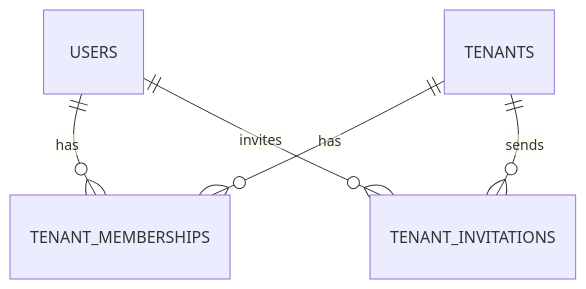
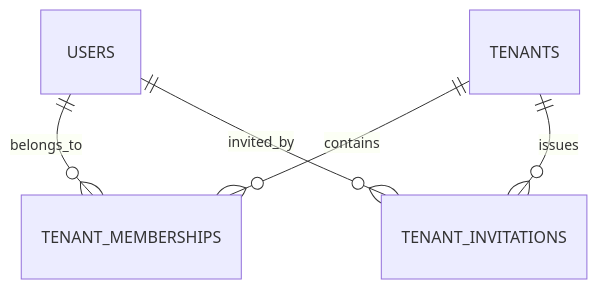
Before and after one commit to fathallah7/multi-tenant-helpdesk-saas: the first of 3 diagrams in docs/database/README.md, drawn with Mermaid. The commit also changed other lines of this file, not shown here.

Commit message:
Refactor database README to clarify architecture, purpose, and progress on tenant management and ticketing features

````diff
--- a/docs/database/README.md
+++ b/docs/database/README.md
@@ -35,7 +49,7 @@
 ```mermaid
 erDiagram
-    USERS ||--o{ TENANT_MEMBERSHIPS : has
-    TENANTS ||--o{ TENANT_MEMBERSHIPS : has
-    TENANTS ||--o{ TENANT_INVITATIONS : sends
-    USERS ||--o{ TENANT_INVITATIONS : invites
+    USERS ||--o{ TENANT_MEMBERSHIPS : belongs_to
+    TENANTS ||--o{ TENANT_MEMBERSHIPS : contains
+    TENANTS ||--o{ TENANT_INVITATIONS : issues
+    USERS ||--o{ TENANT_INVITATIONS : invited_by
 ```
````
